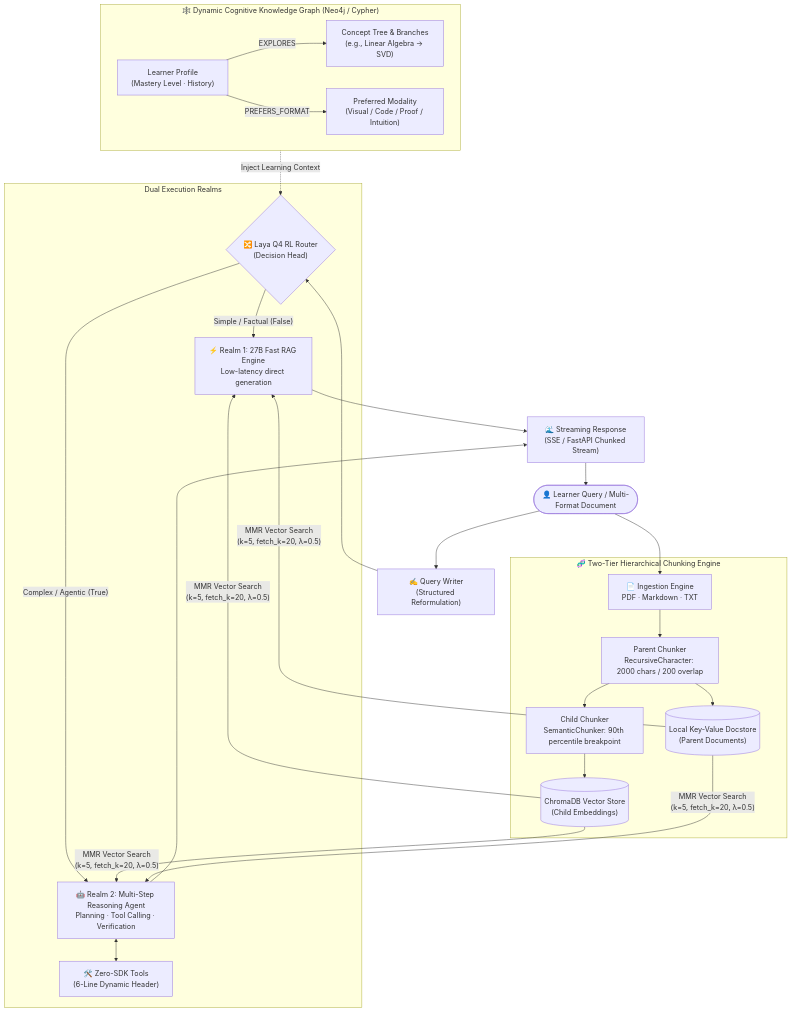
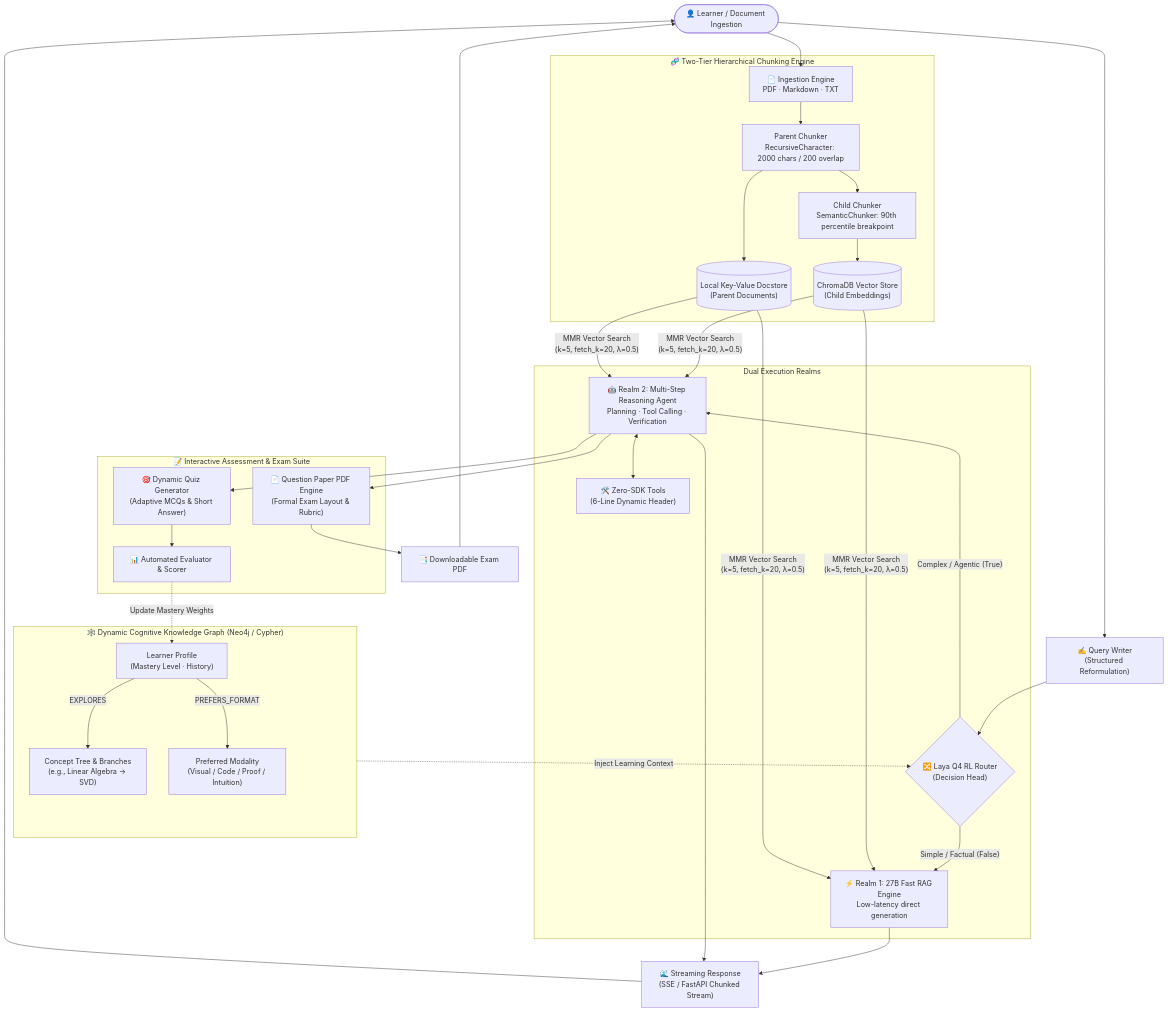
Before and after one commit to Uwais-ML/Study_Pal: the diagram in README.md, drawn with Mermaid. The commit also changed other lines of this file, not shown here.

Commit message:
docs: emphasize hands-free zero-configuration dual-realm architecture

````diff
--- a/README.md
+++ b/README.md
@@ -52,36 +59,45 @@
 ```mermaid
 flowchart TD
-    User([👤 Learner Query / Multi-Format Document]) --> Ingest[📄 Ingestion Engine\nPDF · Markdown · TXT]
+    User([👤 Learner / Document Ingestion]) --> Ingest[📄 Ingestion Engine\nPDF · Markdown · TXT]
 
     subgraph Hierarchical_Indexing ["🧬 Two-Tier Hierarchical Chunking Engine"]
         Ingest --> ParentSplit["Parent Chunker\nRecursiveCharacter: 2000 chars / 200 overlap"]
         ParentSplit --> ChildSplit["Child Chunker\nSemanticChunker: 90th percentile breakpoint"]
         ChildSplit --> ChromaDB[("ChromaDB Vector Store\n(Child Embeddings)")]
         ParentSplit --> DocStore[("Local Key-Value Docstore\n(Parent Documents)")]
     end
 
     subgraph Cognitive_Profiling ["🕸️ Dynamic Cognitive Knowledge Graph (Neo4j / Cypher)"]
         LearnerNode["Learner Profile\n(Mastery Level · History)"]
         ConceptBranch["Concept Tree & Branches\n(e.g., Linear Algebra -> SVD)"]
         Modality["Preferred Modality\n(Visual / Code / Proof / Intuition)"]
         LearnerNode -->|EXPLORES| ConceptBranch
         LearnerNode -->|PREFERS_FORMAT| Modality
     end
 
     User --> QueryWriter["✍️ Query Writer\n(Structured Reformulation)"]
     QueryWriter --> LayaRouter{"🔀 Laya Q4 RL Router\n(Decision Head)"}
     Cognitive_Profiling -.->|Inject Learning Context| LayaRouter
 
     subgraph Dual_Realms ["Dual Execution Realms"]
         LayaRouter -->|"Simple / Factual (False)"| Realm1["⚡ Realm 1: 27B Fast RAG Engine\nLow-latency direct generation"]
         LayaRouter -->|"Complex / Agentic (True)"| Realm2["🤖 Realm 2: Multi-Step Reasoning Agent\nPlanning · Tool Calling · Verification"]
         Realm2 <--> ToolRegistry["🛠️ Zero-SDK Tools\n(6-Line Dynamic Header)"]
     end
 
     ChromaDB & DocStore -->|"MMR Vector Search\n(k=5, fetch_k=20, λ=0.5)"| Realm1
     ChromaDB & DocStore -->|"MMR Vector Search\n(k=5, fetch_k=20, λ=0.5)"| Realm2
 
+    subgraph Assessment_Engine ["📝 Interactive Assessment & Exam Suite"]
+        Realm2 --> QuizMaster["🎯 Dynamic Quiz Generator\n(Adaptive MCQs & Short Answer)"]
+        Realm2 --> PDFExporter["📄 Question Paper PDF Engine\n(Formal Exam Layout & Rubric)"]
+        QuizMaster --> Grader["📊 Automated Evaluator & Scorer"]
+        Grader -.->|Update Mastery Weights| LearnerNode
+    end
+
     Realm1 --> TokenStream["🌊 Streaming Response\n(SSE / FastAPI Chunked Stream)"]
     Realm2 --> TokenStream
+    PDFExporter --> PDFOutput["📑 Downloadable Exam PDF"]
     TokenStream --> User
+    PDFOutput --> User
 ```
````
